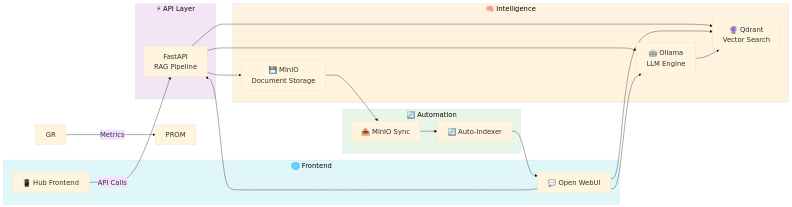
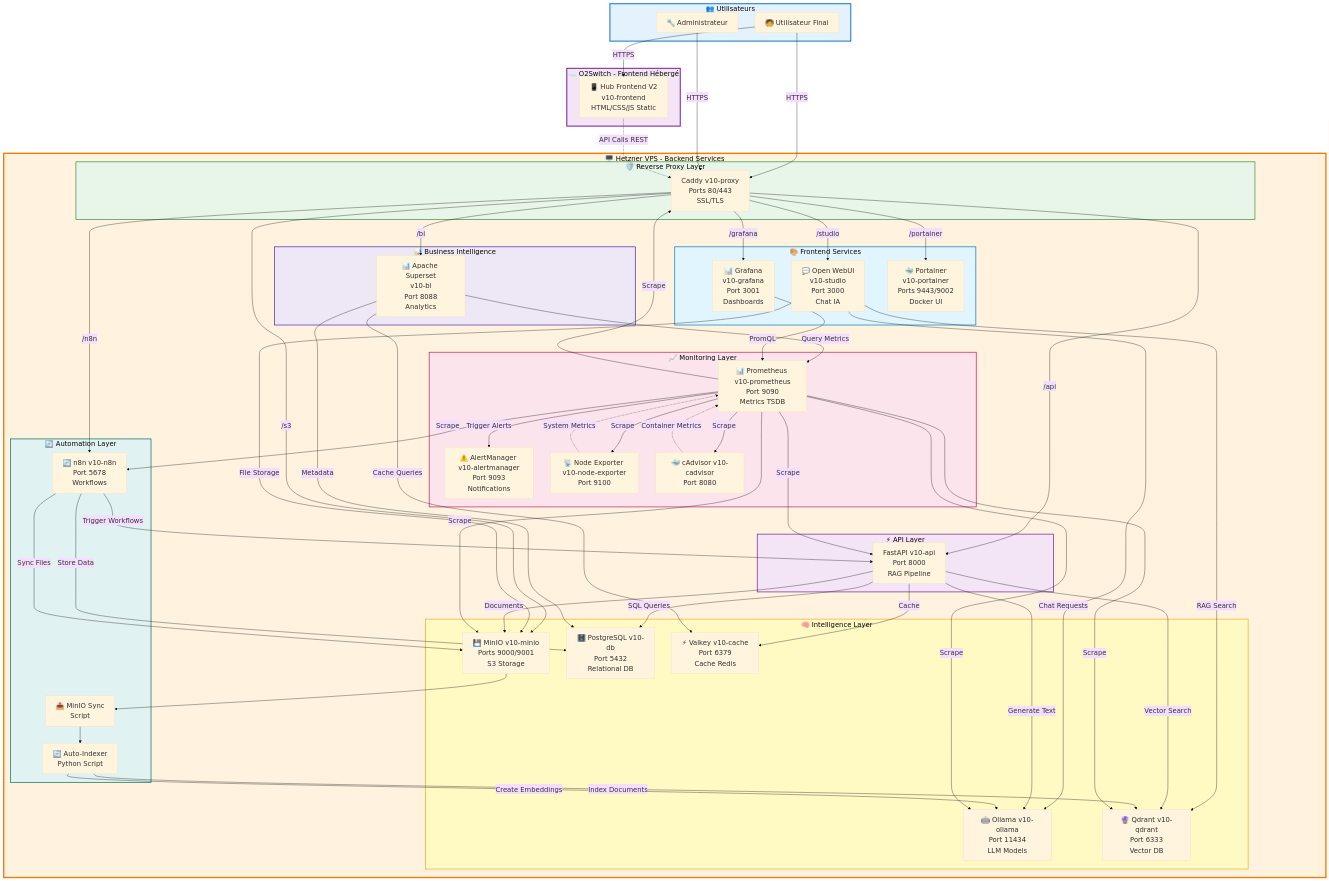
The eighth of 8 diagrams in docs/DIAGRAMS_MERMAID.md (stepstev/oceanphenix-IA-souveraine-v10_2026_DOCS), drawn with Mermaid before and after one commit. The commit also changed other lines of this file, not shown here.

First line of the commit message:
fix: Update Mermaid diagrams to reflect actual V10 architecture

````diff
--- a/docs/DIAGRAMS_MERMAID.md
+++ b/docs/DIAGRAMS_MERMAID.md
@@ -411,41 +495,123 @@
 ```mermaid
 %%{init: {'theme':'base', 'themeVariables': {'fontSize':'20px'}}}%%
-graph LR
-    subgraph Frontend["🌐 Frontend"]
-        HUB[📱 Hub Frontend]
-        OW[💬 Open WebUI]
+graph TB
+    subgraph Users["👥 Utilisateurs"]
+        USER[🧑 Utilisateur Final]
+        ADMIN[🔧 Administrateur]
     end
     
-    subgraph API["⚡ API Layer"]
-        FAST[FastAPI<br/>RAG Pipeline]
+    subgraph O2Switch["☁️ O2Switch - Frontend Hébergé"]
+        HUB[📱 Hub Frontend V2<br/>v10-frontend<br/>HTML/CSS/JS Static]
     end
     
-    subgraph Intelligence["🧠 Intelligence"]
-        OLLAMA[🤖 Ollama<br/>LLM Engine]
-        QDRANT[🔮 Qdrant<br/>Vector Search]
-        MINIO[💾 MinIO<br/>Document Storage]
+    subgraph Hetzner["🖥️ Hetzner VPS - Backend Services"]
+        
+        subgraph Proxy["🛡️ Reverse Proxy Layer"]
+            CADDY[Caddy v10-proxy<br/>Ports 80/443<br/>SSL/TLS]
+        end
+        
+        subgraph Frontend["🎨 Frontend Services"]
+            OW[💬 Open WebUI<br/>v10-studio<br/>Port 3000<br/>Chat IA]
+            GRAF[📊 Grafana<br/>v10-grafana<br/>Port 3001<br/>Dashboards]
+            PORT[🐳 Portainer<br/>v10-portainer<br/>Ports 9443/9002<br/>Docker UI]
+        end
+        
+        subgraph API["⚡ API Layer"]
+            FAST[FastAPI v10-api<br/>Port 8000<br/>RAG Pipeline]
+        end
+        
+        subgraph Intelligence["🧠 Intelligence Layer"]
+            OLLAMA[🤖 Ollama v10-ollama<br/>Port 11434<br/>LLM Models]
+            QDRANT[🔮 Qdrant v10-qdrant<br/>Port 6333<br/>Vector DB]
+            MINIO[💾 MinIO v10-minio<br/>Ports 9000/9001<br/>S3 Storage]
+            POSTGRES[🗄️ PostgreSQL v10-db<br/>Port 5432<br/>Relational DB]
+            VALKEY[⚡ Valkey v10-cache<br/>Port 6379<br/>Cache Redis]
+        end
+        
+        subgraph Automation["🔄 Automation Layer"]
+            N8N[🔄 n8n v10-n8n<br/>Port 5678<br/>Workflows]
+            SYNC[📤 MinIO Sync<br/>Script]
+            AUTO[🔄 Auto-Indexer<br/>Python Script]
+        end
+        
+        subgraph Monitoring["📈 Monitoring Layer"]
+            PROM[📊 Prometheus v10-prometheus<br/>Port 9090<br/>Metrics TSDB]
+            ALERT[⚠️ AlertManager v10-alertmanager<br/>Port 9093<br/>Notifications]
+            NODE[📡 Node Exporter v10-node-exporter<br/>Port 9100]
+            CADV[🐳 cAdvisor v10-cadvisor<br/>Port 8080]
+        end
+        
+        subgraph BI["📊 Business Intelligence"]
+            SUPER[📊 Apache Superset<br/>v10-bi<br/>Port 8088<br/>Analytics]
+        end
     end
     
-    subgraph Automation["🔄 Automation"]
-        SYNC[📤 MinIO Sync]
-        AUTO[🔄 Auto-Indexer]
-    end
+    %% User flows
+    USER -->|HTTPS| HUB
+    USER -->|HTTPS| CADDY
+    ADMIN -->|HTTPS| CADDY
     
-    HUB -->|API Calls| FAST
-    OW --> FAST
-    GR -->|Metrics| PROM
-    FAST --> OLLAMA
-    FAST --> QDRANT
-    FAST --> MINIO
-    OW --> OLLAMA
-    OW --> QDRANT
+    %% Frontend → Backend
+    HUB -.->|API Calls REST| CADDY
+    
+    %% Caddy routing
+    CADDY -->|/studio| OW
+    CADDY -->|/api| FAST
+    CADDY -->|/grafana| GRAF
+    CADDY -->|/portainer| PORT
+    CADDY -->|/n8n| N8N
+    CADDY -->|/bi| SUPER
+    CADDY -->|/s3| MINIO
+    
+    %% Frontend Services
+    OW -->|Chat Requests| OLLAMA
+    OW -->|RAG Search| QDRANT
+    OW -->|File Storage| MINIO
+    
+    %% API Layer
+    FAST -->|Generate Text| OLLAMA
+    FAST -->|Vector Search| QDRANT
+    FAST -->|Documents| MINIO
+    FAST -->|SQL Queries| POSTGRES
+    FAST -->|Cache| VALKEY
+    
+    %% Automation
+    N8N -->|Trigger Workflows| FAST
+    N8N -->|Sync Files| MINIO
+    N8N -->|Store Data| POSTGRES
     MINIO --> SYNC
     SYNC --> AUTO
-    AUTO --> OW
-    OLLAMA --> QDRANT
-
-    style Frontend fill:#e0f7fa
-    style API fill:#f3e5f5
-    style Intelligence fill:#fff3e0
-    style Automation fill:#e8f5e9
+    AUTO -->|Index Documents| QDRANT
+    AUTO -->|Create Embeddings| OLLAMA
+    
+    %% Business Intelligence
+    SUPER -->|Cache Queries| VALKEY
+    SUPER -->|Metadata| POSTGRES
+    SUPER -->|Query Metrics| PROM
+    
+    %% Monitoring
+    GRAF -->|PromQL| PROM
+    PROM -->|Scrape| FAST
+    PROM -->|Scrape| OLLAMA
+    PROM -->|Scrape| CADDY
+    PROM -->|Scrape| QDRANT
+    PROM -->|Scrape| MINIO
+    PROM -->|Scrape| N8N
+    PROM -->|Scrape| NODE
+    PROM -->|Scrape| CADV
+    PROM -->|Trigger Alerts| ALERT
+    NODE -.->|System Metrics| PROM
+    CADV -.->|Container Metrics| PROM
+    
+    %% Styling
+    style Users fill:#e3f2fd,stroke:#1976D2,stroke-width:3px
+    style O2Switch fill:#f3e5f5,stroke:#7B1FA2,stroke-width:3px
+    style Hetzner fill:#fff3e0,stroke:#F57C00,stroke-width:4px
+    style Proxy fill:#e8f5e9,stroke:#388E3C,stroke-width:2px
+    style Frontend fill:#e1f5fe,stroke:#0277BD,stroke-width:2px
+    style API fill:#f3e5f5,stroke:#6A1B9A,stroke-width:2px
+    style Intelligence fill:#fff9c4,stroke:#F9A825,stroke-width:2px
+    style Automation fill:#e0f2f1,stroke:#00695C,stroke-width:2px
+    style Monitoring fill:#fce4ec,stroke:#C2185B,stroke-width:2px
+    style BI fill:#ede7f6,stroke:#4527A0,stroke-width:2px
 ```
````
